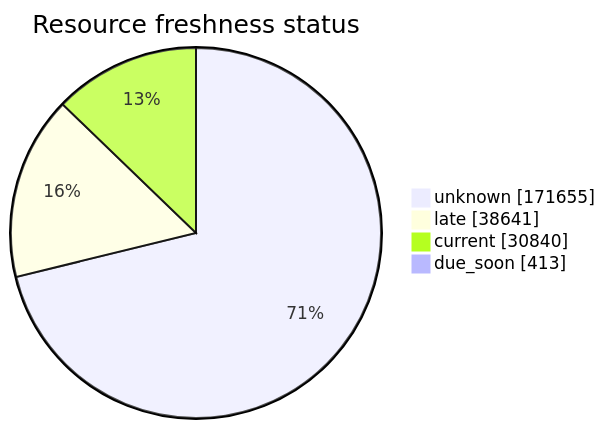
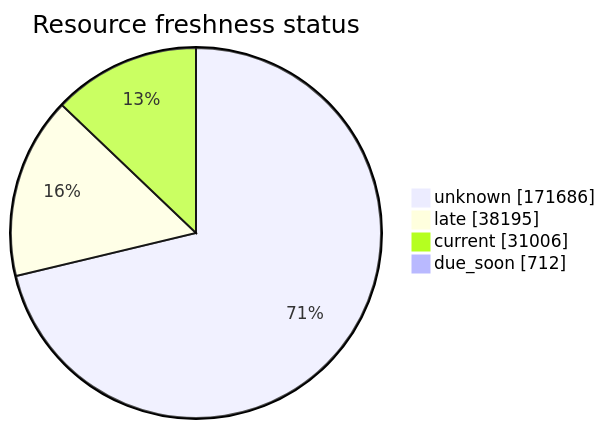
Before and after one commit to open-data/analytics-corporate-reporting: the third of 5 diagrams in FreshCheck/README.md, drawn with Mermaid. The commit also changed other lines of this file and 3 other files, not shown here.

````diff
--- a/FreshCheck/README.md
+++ b/FreshCheck/README.md
@@ -77,7 +77,7 @@
 ```mermaid
 pie showData title Resource freshness status
-    "unknown": 171655
-    "late": 38641
-    "current": 30840
-    "due_soon": 413
+    "unknown": 171686
+    "late": 38195
+    "current": 31006
+    "due_soon": 712
 ```
````
